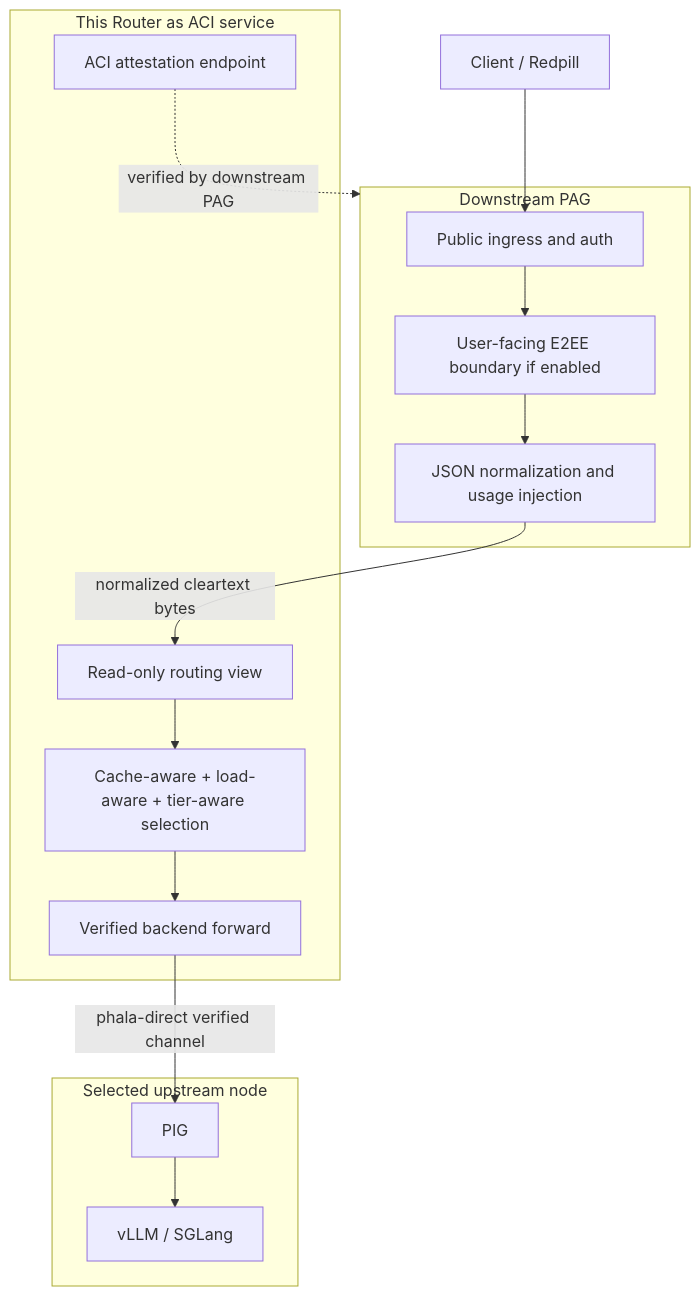
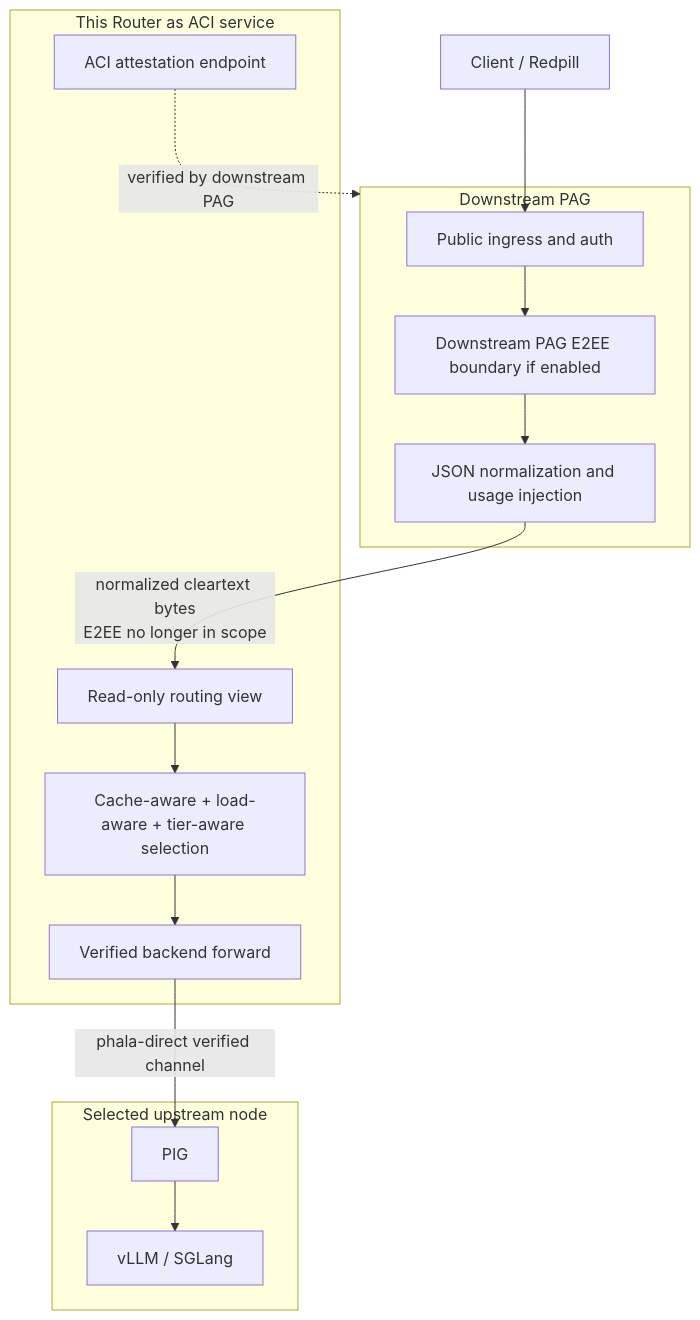
One commit to Phala-Network/private-ai-gateway-with-vllm-router-as-middleware changed the diagram in docs/pag-router-transparent-forwarding-plan.md. Above: the diagram before and after it, drawn with Mermaid. The commit also changed other lines of this file and 2 other files, not shown here.

Commit message:
Clarify downstream PAG E2EE boundary

````diff
--- a/docs/pag-router-transparent-forwarding-plan.md
+++ b/docs/pag-router-transparent-forwarding-plan.md
@@ -52,32 +57,32 @@
 ```mermaid
 flowchart TD
   client["Client / Redpill"]
 
   subgraph downstream["Downstream PAG"]
     ingress["Public ingress and auth"]
-    e2ee["User-facing E2EE boundary if enabled"]
+    e2ee["Downstream PAG E2EE boundary if enabled"]
     mutate["JSON normalization and usage injection"]
   end
 
   subgraph router["This Router as ACI service"]
     aci["ACI attestation endpoint"]
     view["Read-only routing view"]
     choose["Cache-aware + load-aware + tier-aware selection"]
     forward["Verified backend forward"]
   end
 
   subgraph upstream["Selected upstream node"]
     pig["PIG"]
     engine["vLLM / SGLang"]
   end
 
   client --> ingress
   ingress --> e2ee
   e2ee --> mutate
-  mutate -->|"normalized cleartext bytes"| view
+  mutate -->|"normalized cleartext bytes<br/>E2EE no longer in scope"| view
   aci -. "verified by downstream PAG" .-> downstream
   view --> choose
   choose --> forward
   forward -->|"phala-direct verified channel"| pig
   pig --> engine
 ```
````
